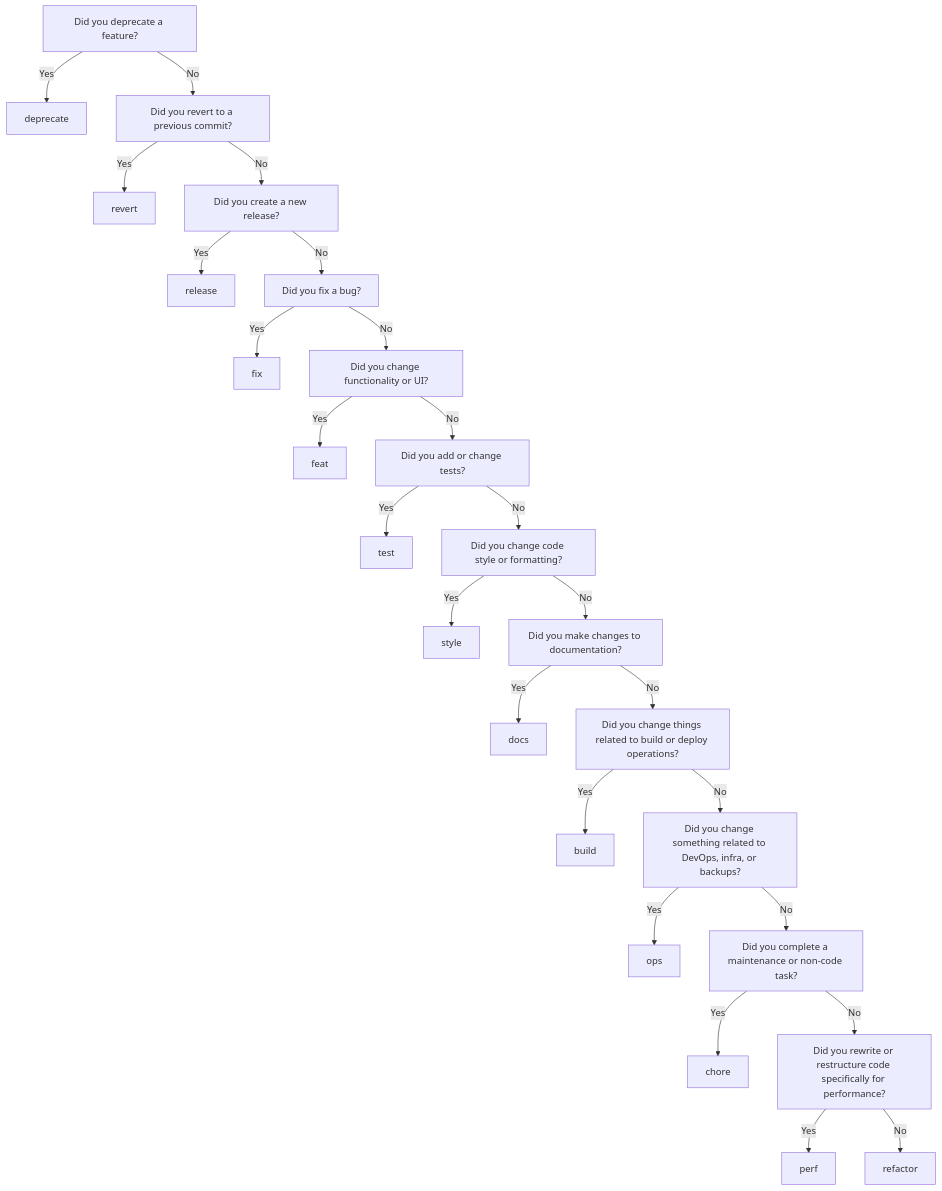
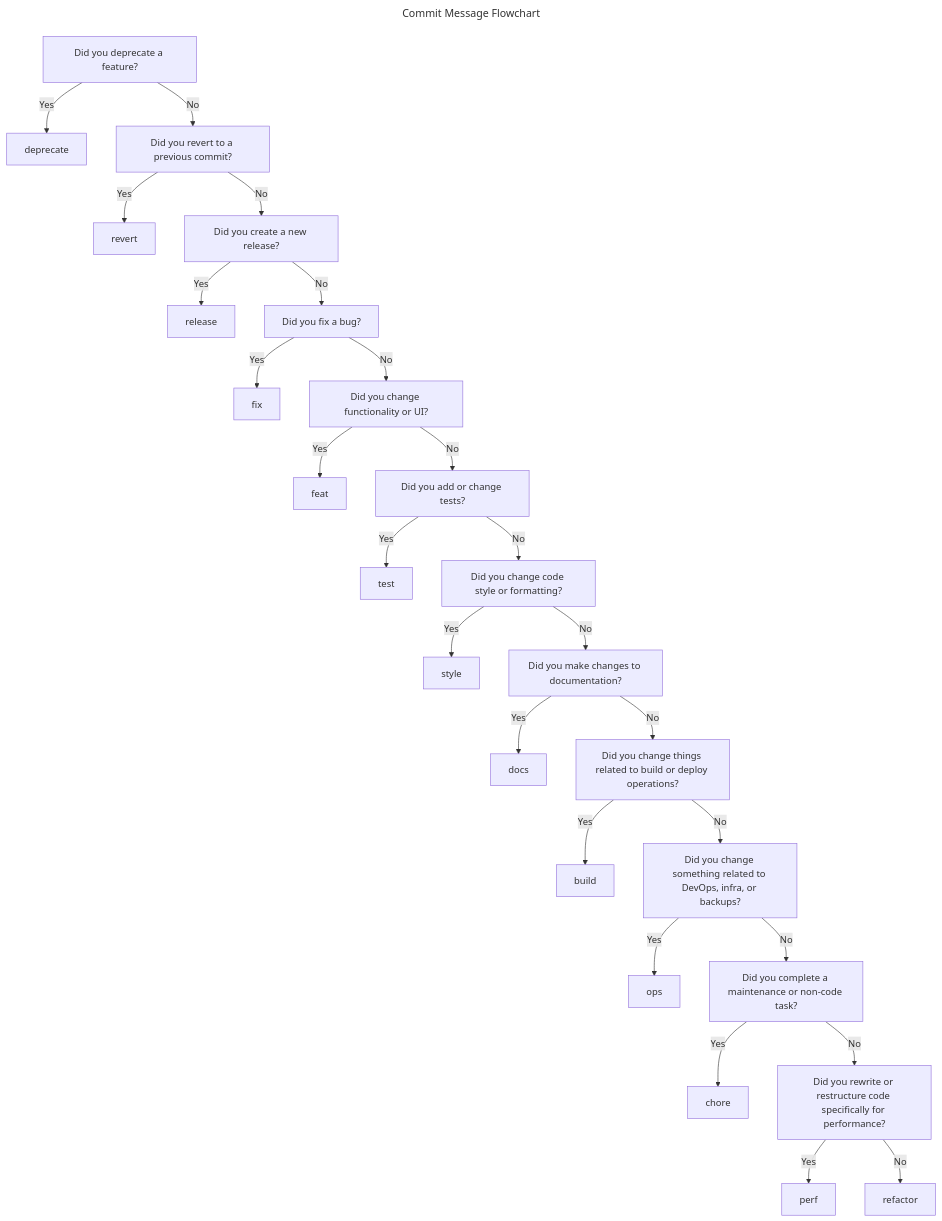
Before and after one commit to lynkos/blog: the diagram in _posts/2025-03-31-blogging-setup.md, drawn with Mermaid. The commit also changed other lines of this file, not shown here.

Commit message:
Add title to Mermaid flowchart and rewrite "Commit Message Conventions" section

````diff
--- a/_posts/2025-03-31-blogging-setup.md
+++ b/_posts/2025-03-31-blogging-setup.md
@@ -785,39 +784,42 @@
 ```mermaid
+---
+title: Commit Message Flowchart
+---
 flowchart TD
    T[Did you deprecate a feature?]
    T -- Yes --> U[deprecate]
    T -- No --> V[Did you revert to a previous commit?]
 
    V -- Yes --> W[revert]
    V -- No --> X[Did you create a new release?]
 
    X -- Yes --> Y[release]
    X -- No --> A[Did you fix a bug?]
 
    A -- Yes --> B[fix]
    A -- No --> C[Did you change functionality or UI?]
 
    C -- Yes --> D[feat]
    C -- No --> E[Did you add or change tests?]
 
    E -- Yes --> F[test]
    E -- No --> G[Did you change code style or formatting?]
 
    G -- Yes --> H[style]
    G -- No --> I[Did you make changes to documentation?]
 
    I -- Yes --> J[docs]
    I -- No --> K[Did you change things related to build or deploy operations?]
 
    K -- Yes --> L[build]
    K -- No --> M[Did you change something related to DevOps, infra, or backups?]
 
    M -- Yes --> N[ops]
    M -- No --> O[Did you complete a maintenance or non-code task?]
 
    O -- Yes --> P[chore]
    O -- No --> Q[Did you rewrite or restructure code specifically for performance?]
 
    Q -- Yes --> R[perf]
    Q -- No --> S[refactor]
 ```
````
